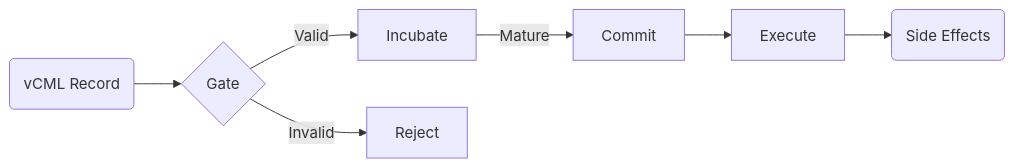
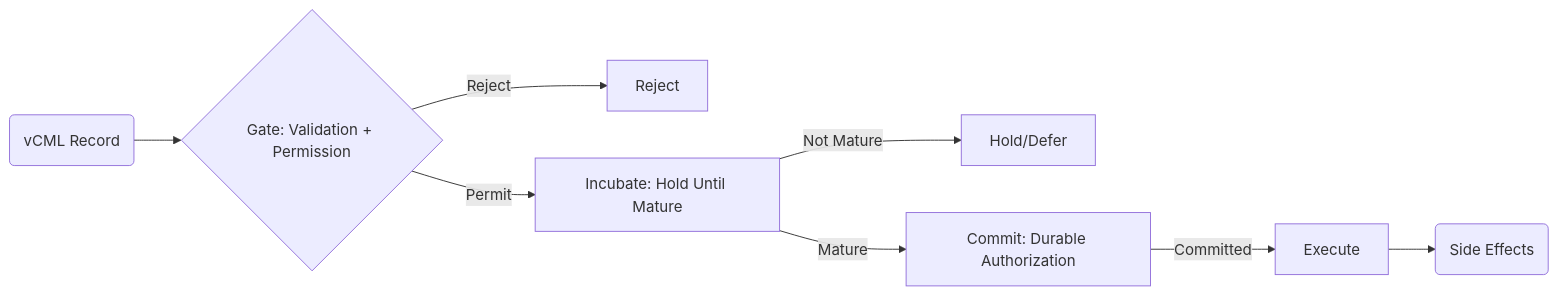
The diagram in README.md (safal207/CaPU), drawn with Mermaid before and after one commit. The commit also changed other lines of this file and 5 other files, not shown here.

````diff
--- a/README.md
+++ b/README.md
@@ -7,9 +9,10 @@
 ```mermaid
 graph LR
-    Input(vCML Record) --> Gate{Gate}
-    Gate -- Valid --> Incubate[Incubate]
-    Gate -- Invalid --> Reject[Reject]
-    Incubate -- Mature --> Commit[Commit]
-    Commit --> Execute[Execute]
+    Input(vCML Record) --> Gate{Gate: Validation + Permission}
+    Gate -- Reject --> Reject[Reject]
+    Gate -- Permit --> Incubate[Incubate: Hold Until Mature]
+    Incubate -- Not Mature --> Hold[Hold/Defer]
+    Incubate -- Mature --> Commit[Commit: Durable Authorization]
+    Commit -- Committed --> Execute[Execute]
     Execute --> Effect(Side Effects)
 ```
````
